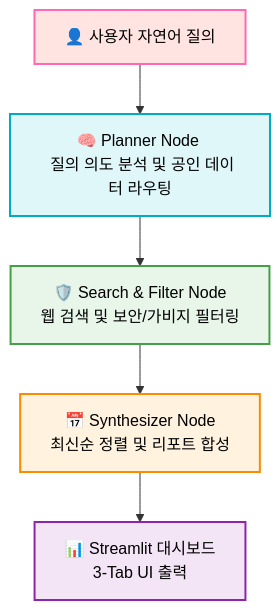
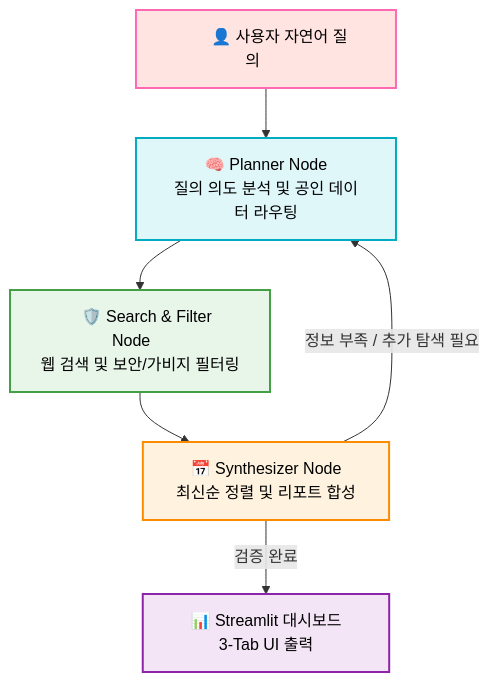
One commit to sbg990530/Document-Agent changed the diagram in README.md. Above: the diagram before and after it, drawn with Mermaid.

````diff
--- a/README.md
+++ b/README.md
@@ -19,13 +19,20 @@
 ```mermaid
 graph TD
     classDef userStyle fill:#FFE4E1,stroke:#FF69B4,stroke-width:2px,color:#000;
     classDef plannerStyle fill:#E0F7FA,stroke:#00ACC1,stroke-width:2px,color:#000;
     classDef filterStyle fill:#E8F5E9,stroke:#43A047,stroke-width:2px,color:#000;
     classDef synthStyle fill:#FFF3E0,stroke:#FB8C00,stroke-width:2px,color:#000;
     classDef uiStyle fill:#F3E5F5,stroke:#8E24AA,stroke-width:2px,color:#000;
 
-    A[👤 사용자 자연어 질의]:::userStyle --> B[🧠 Planner Node <br/> 질의 의도 분석 및 공인 데이터 라우팅]:::plannerStyle
-    B --> C[🛡️ Search & Filter Node <br/> 웹 검색 및 보안/가비지 필터링]:::filterStyle
-    C --> D[📅 Synthesizer Node <br/> 최신순 정렬 및 리포트 합성]:::synthStyle
-    D --> E[📊 Streamlit 대시보드 <br/> 3-Tab UI 출력]:::uiStyle
+    A["&nbsp;&nbsp;&nbsp;&nbsp;&nbsp;&nbsp;👤 사용자 자연어 질의&nbsp;&nbsp;&nbsp;&nbsp;&nbsp;&nbsp;"]:::userStyle 
+    --> B["&nbsp;&nbsp;&nbsp;&nbsp;🧠 Planner Node&nbsp;&nbsp;&nbsp;&nbsp;<br/>질의 의도 분석 및 공인 데이터 라우팅"]:::plannerStyle
+    
+    B --> C["&nbsp;&nbsp;&nbsp;&nbsp;🛡️ Search & Filter Node&nbsp;&nbsp;&nbsp;&nbsp;<br/>웹 검색 및 보안/가비지 필터링"]:::filterStyle
+    
+    C --> D["&nbsp;&nbsp;&nbsp;&nbsp;📅 Synthesizer Node&nbsp;&nbsp;&nbsp;&nbsp;<br/>최신순 정렬 및 리포트 합성"]:::synthStyle
+    
+    %% LangGraph의 핵심인 조건부 루프(Loop) 표현
+    D -- "정보 부족 / 추가 탐색 필요" --> B
+    
+    D -- "검증 완료" --> E["&nbsp;&nbsp;&nbsp;&nbsp;📊 Streamlit 대시보드&nbsp;&nbsp;&nbsp;&nbsp;<br/>3-Tab UI 출력"]:::uiStyle
 ```
````
